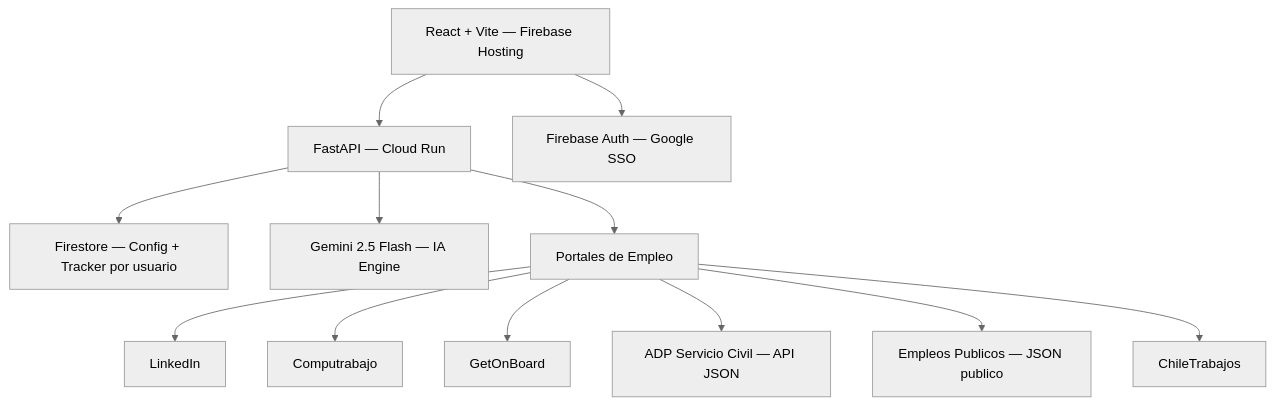
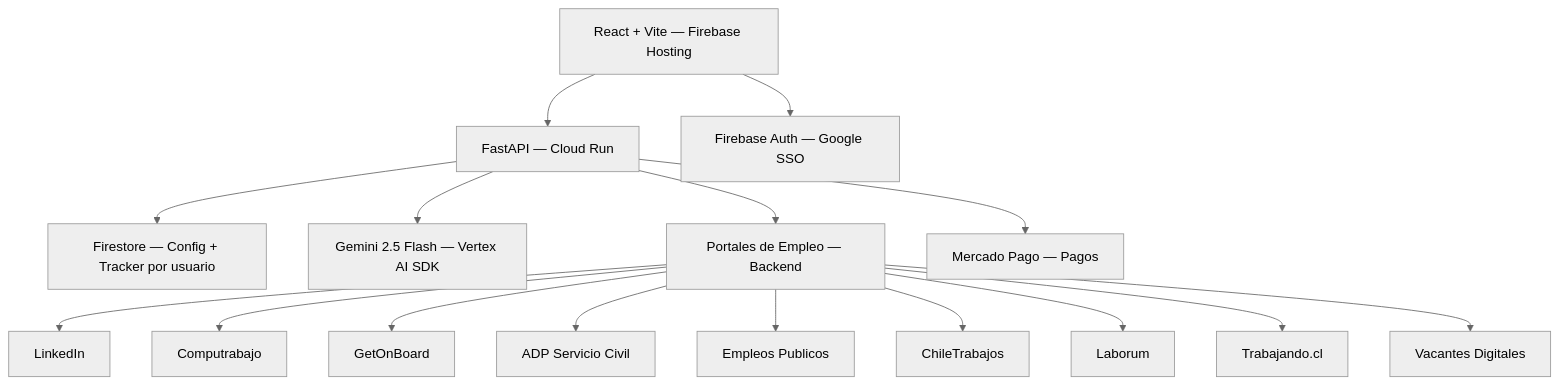
The diagram in README.md (cecorreas/job-hunter-v5-showcase), drawn with Mermaid (neutral theme) before and after one commit. The commit also changed other lines of this file, not shown here.

Commit message:
Update README: 9 portales, freemium, Vertex AI SDK, Mercado Pago

````diff
--- a/README.md
+++ b/README.md
@@ -29,14 +30,18 @@
 ```mermaid
 graph TD
     A[React + Vite — Firebase Hosting] --> B[FastAPI — Cloud Run]
     A --> C[Firebase Auth — Google SSO]
     B --> D[Firestore — Config + Tracker por usuario]
-    B --> E[Gemini 2.5 Flash — IA Engine]
-    B --> F[Portales de Empleo]
+    B --> E[Gemini 2.5 Flash — Vertex AI SDK]
+    B --> F[Portales de Empleo — Backend]
+    B --> P[Mercado Pago — Pagos]
     F --> G[LinkedIn]
     F --> H[Computrabajo]
     F --> I[GetOnBoard]
-    F --> J[ADP Servicio Civil — API JSON]
-    F --> K[Empleos Publicos — JSON publico]
+    F --> J[ADP Servicio Civil]
+    F --> K[Empleos Publicos]
     F --> L[ChileTrabajos]
+    F --> M[Laborum]
+    F --> N[Trabajando.cl]
+    F --> O[Vacantes Digitales]
 ```
````
